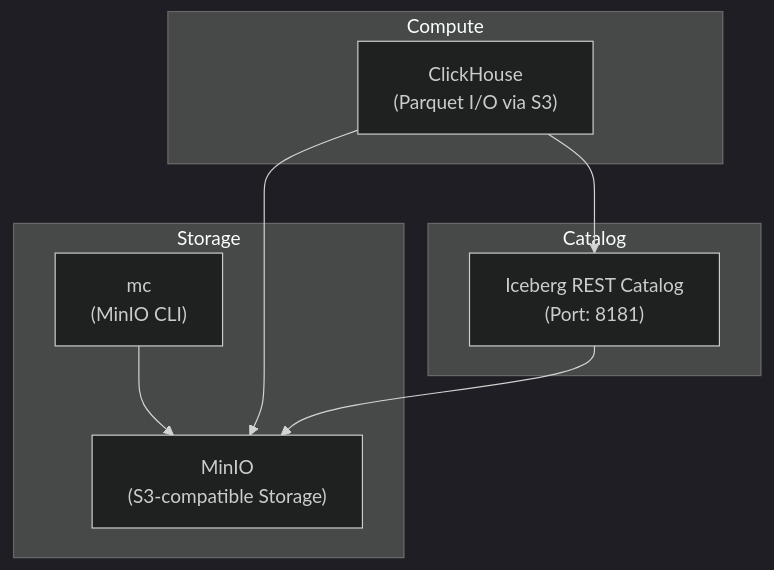
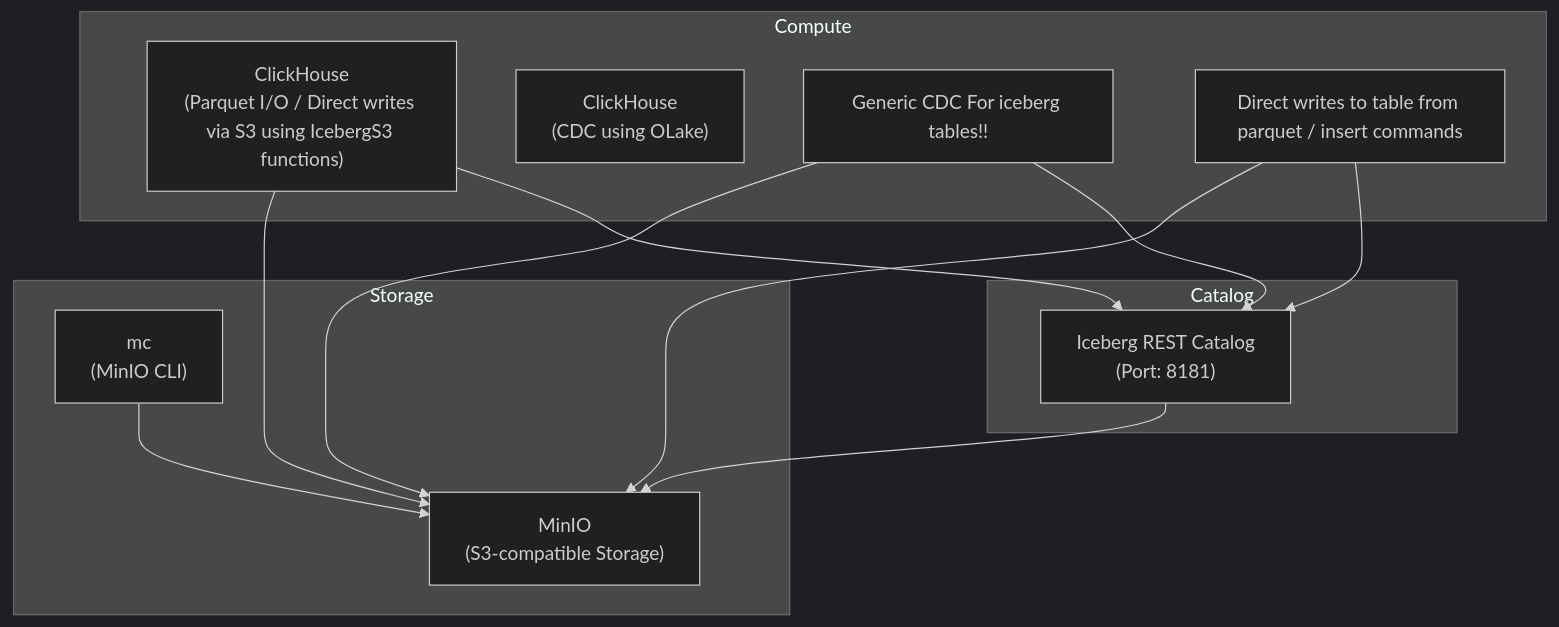
The diagram in open-table-formats/iceberg/poc/clickhouse_writes/readme.md (shiv4289/olap-recipes), drawn with Mermaid (dark theme) before and after one commit. The commit also changed other lines of this file and 4 other files, not shown here.

````diff
--- a/open-table-formats/iceberg/poc/clickhouse_writes/readme.md
+++ b/open-table-formats/iceberg/poc/clickhouse_writes/readme.md
@@ -11,20 +11,27 @@
 ```mermaid
 graph TD
     subgraph Storage
         MINIO["MinIO<br/>(S3-compatible Storage)"]
         MC["mc<br/>(MinIO CLI)"]
     end
 
     subgraph Catalog
         REST["Iceberg REST Catalog<br/>(Port: 8181)"]
     end
 
     subgraph Compute
-        CLICKHOUSE["ClickHouse<br/>(Parquet I/O via S3)"]
+        CLICKHOUSE["ClickHouse<br/>(Parquet I/O / Direct writes via S3 using IcebergS3 functions)"]
+        MYSQL["ClickHouse<br/>(CDC using OLake)"]
+        OLAKE["Generic CDC For iceberg tables!!"]
+        SPARK["Direct writes to table from parquet / insert commands"]
     end
 
     MC --> MINIO
     REST --> MINIO
     CLICKHOUSE --> MINIO
     CLICKHOUSE --> REST
+    OLAKE --> MINIO
+    OLAKE --> REST
+    SPARK --> MINIO
+    SPARK --> REST
 ```
````
